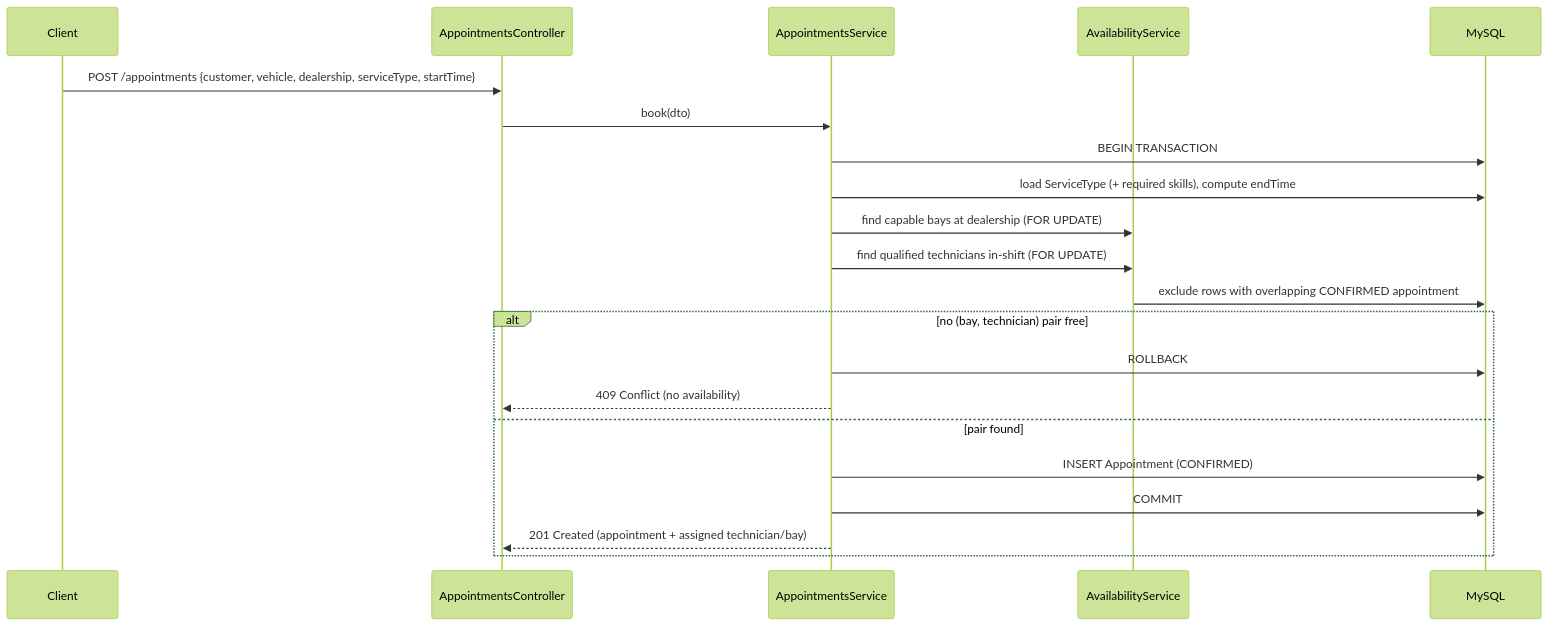
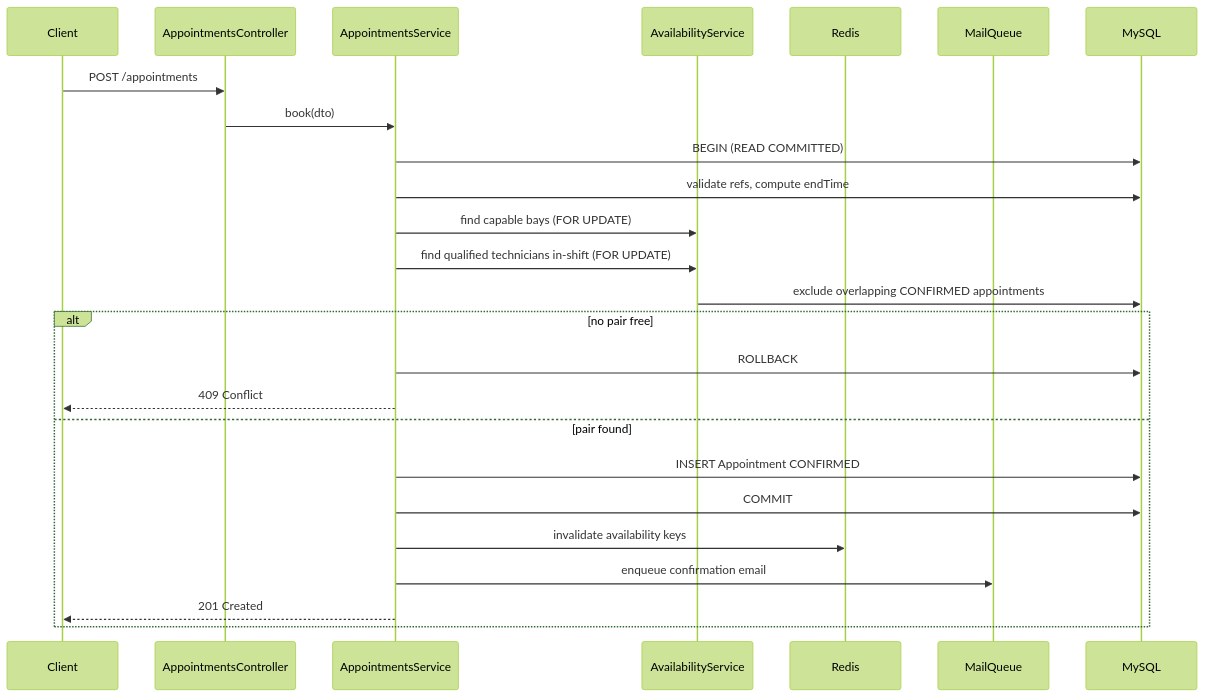
The second of 3 diagrams in SYSTEM_DESIGN.md (BaroPhan/keyloop-scenarioA), drawn with Mermaid (forest theme) before and after one commit. The commit also changed other lines of this file and 136 other files, not shown here.

````diff
--- a/SYSTEM_DESIGN.md
+++ b/SYSTEM_DESIGN.md
@@ -76,24 +209,28 @@
 ```mermaid
 sequenceDiagram
   participant C as Client
   participant Ctrl as AppointmentsController
   participant Svc as AppointmentsService
   participant Av as AvailabilityService
+  participant Cache as Redis
+  participant Mail as MailQueue
   participant DB as MySQL
 
-  C->>Ctrl: POST /appointments {customer, vehicle, dealership, serviceType, startTime}
+  C->>Ctrl: POST /appointments
   Ctrl->>Svc: book(dto)
-  Svc->>DB: BEGIN TRANSACTION
-  Svc->>DB: load ServiceType (+ required skills), compute endTime
-  Svc->>Av: find capable bays at dealership (FOR UPDATE)
+  Svc->>DB: BEGIN (READ COMMITTED)
+  Svc->>DB: validate refs, compute endTime
+  Svc->>Av: find capable bays (FOR UPDATE)
   Svc->>Av: find qualified technicians in-shift (FOR UPDATE)
-  Av->>DB: exclude rows with overlapping CONFIRMED appointment
-  alt no (bay, technician) pair free
+  Av->>DB: exclude overlapping CONFIRMED appointments
+  alt no pair free
     Svc->>DB: ROLLBACK
-    Svc-->>Ctrl: 409 Conflict (no availability)
+    Svc-->>C: 409 Conflict
   else pair found
-    Svc->>DB: INSERT Appointment (CONFIRMED)
+    Svc->>DB: INSERT Appointment CONFIRMED
     Svc->>DB: COMMIT
-    Svc-->>Ctrl: 201 Created (appointment + assigned technician/bay)
+    Svc->>Cache: invalidate availability keys
+    Svc->>Mail: enqueue confirmation email
+    Svc-->>C: 201 Created
   end
 ```
````
